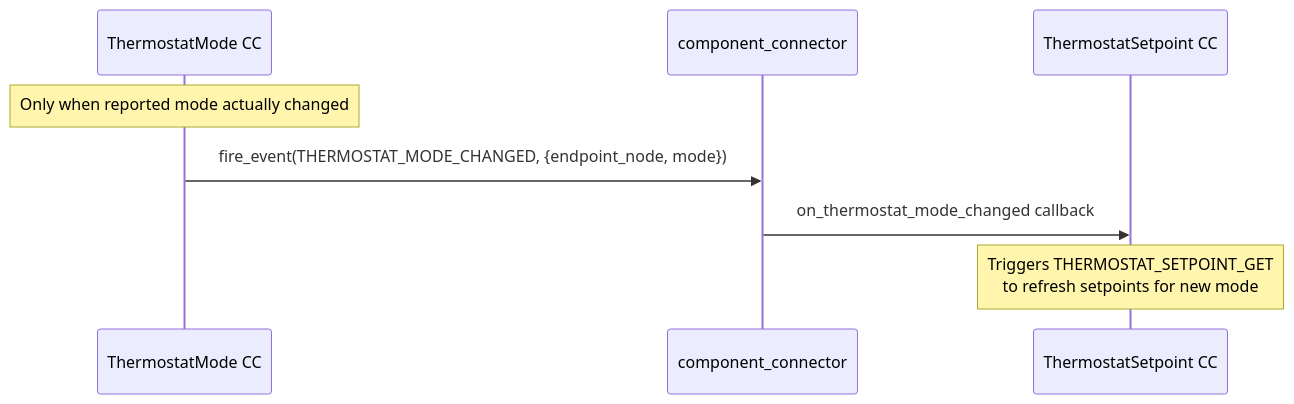
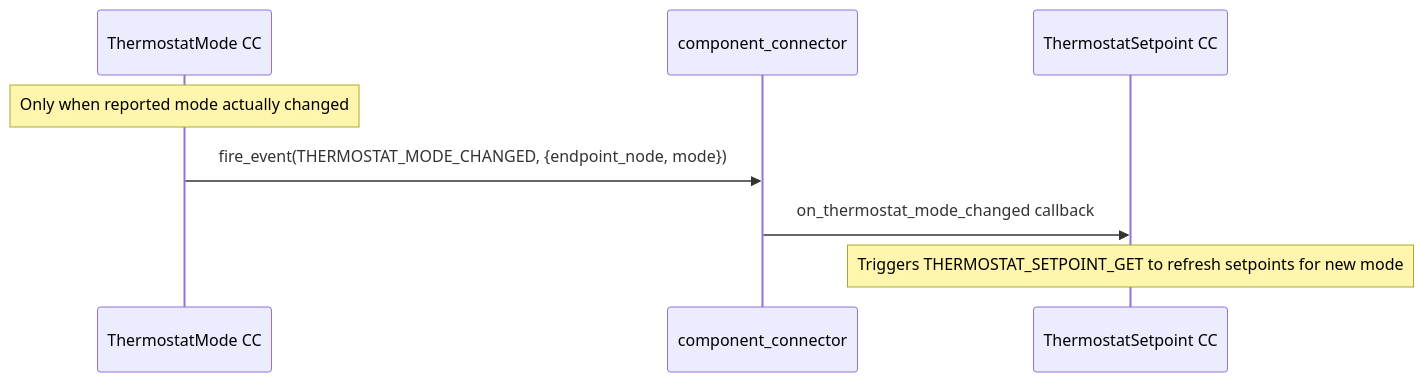
One commit to SiliconLabsSoftware/z-wave-protocol-controller changed the fourth of 4 diagrams in components/command_classes/command_class_thermostat_mode/doc/sequence_diagrams.md. Above: the diagram before and after it, drawn with Mermaid. The commit also changed other lines of this file and 14 other files, not shown here.

First line of the commit message:
#100: Fix invalid mermaid diagrams and add CI checks (#104)

````diff
--- a/components/command_classes/command_class_thermostat_mode/doc/sequence_diagrams.md
+++ b/components/command_classes/command_class_thermostat_mode/doc/sequence_diagrams.md
@@ -56,11 +56,11 @@
 ```mermaid
 sequenceDiagram
     participant ThermostatMode CC
     participant component_connector
     participant ThermostatSetpoint CC
 
     Note over ThermostatMode CC: Only when reported mode actually changed
     ThermostatMode CC->>component_connector: fire_event(THERMOSTAT_MODE_CHANGED, {endpoint_node, mode})
     component_connector->>ThermostatSetpoint CC: on_thermostat_mode_changed callback
-    Note over ThermostatSetpoint CC: Triggers THERMOSTAT_SETPOINT_GET<br/>to refresh setpoints for new mode
+    Note over ThermostatSetpoint CC: Triggers THERMOSTAT_SETPOINT_GET to refresh setpoints for new mode
 ```
````
